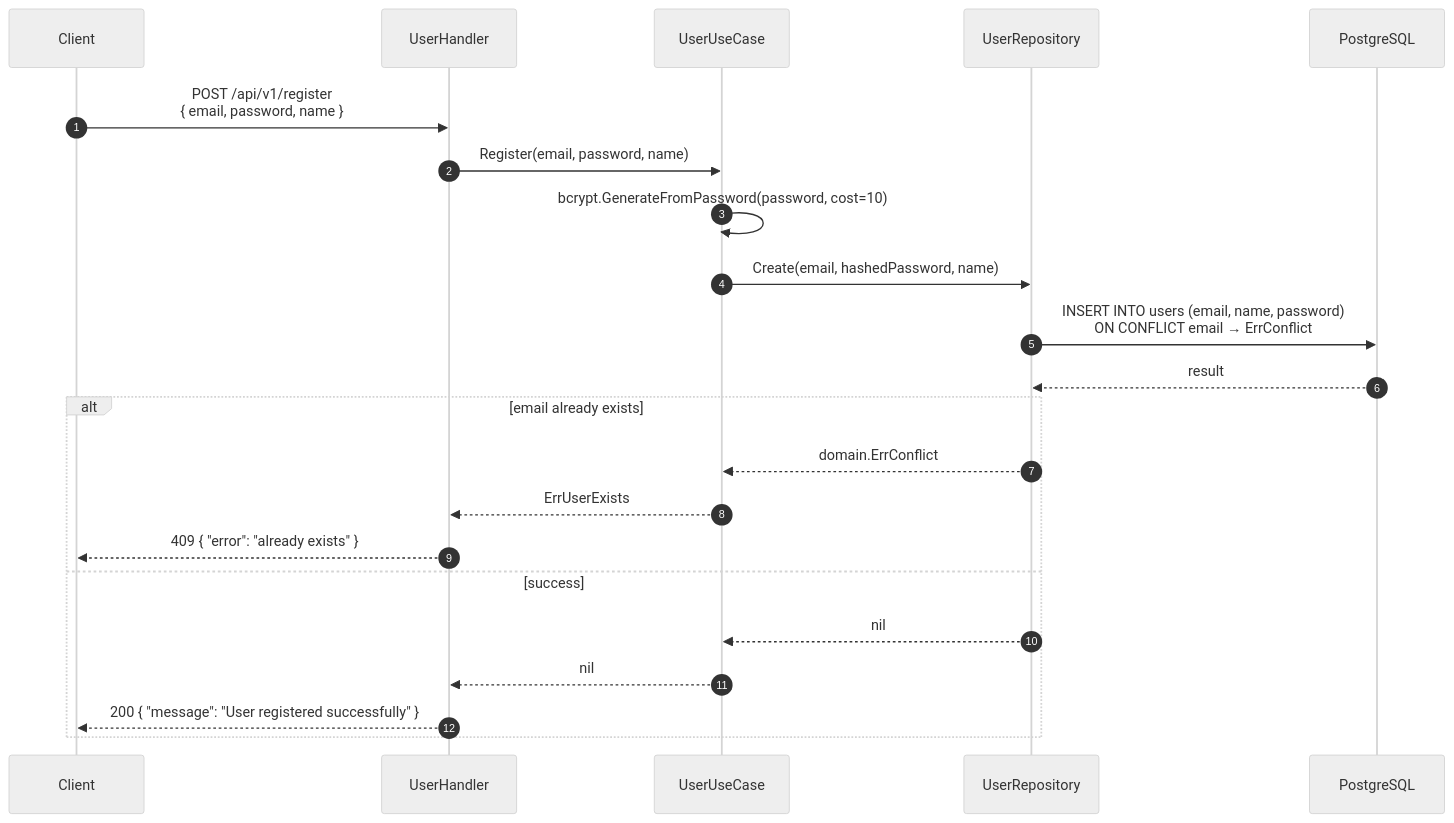
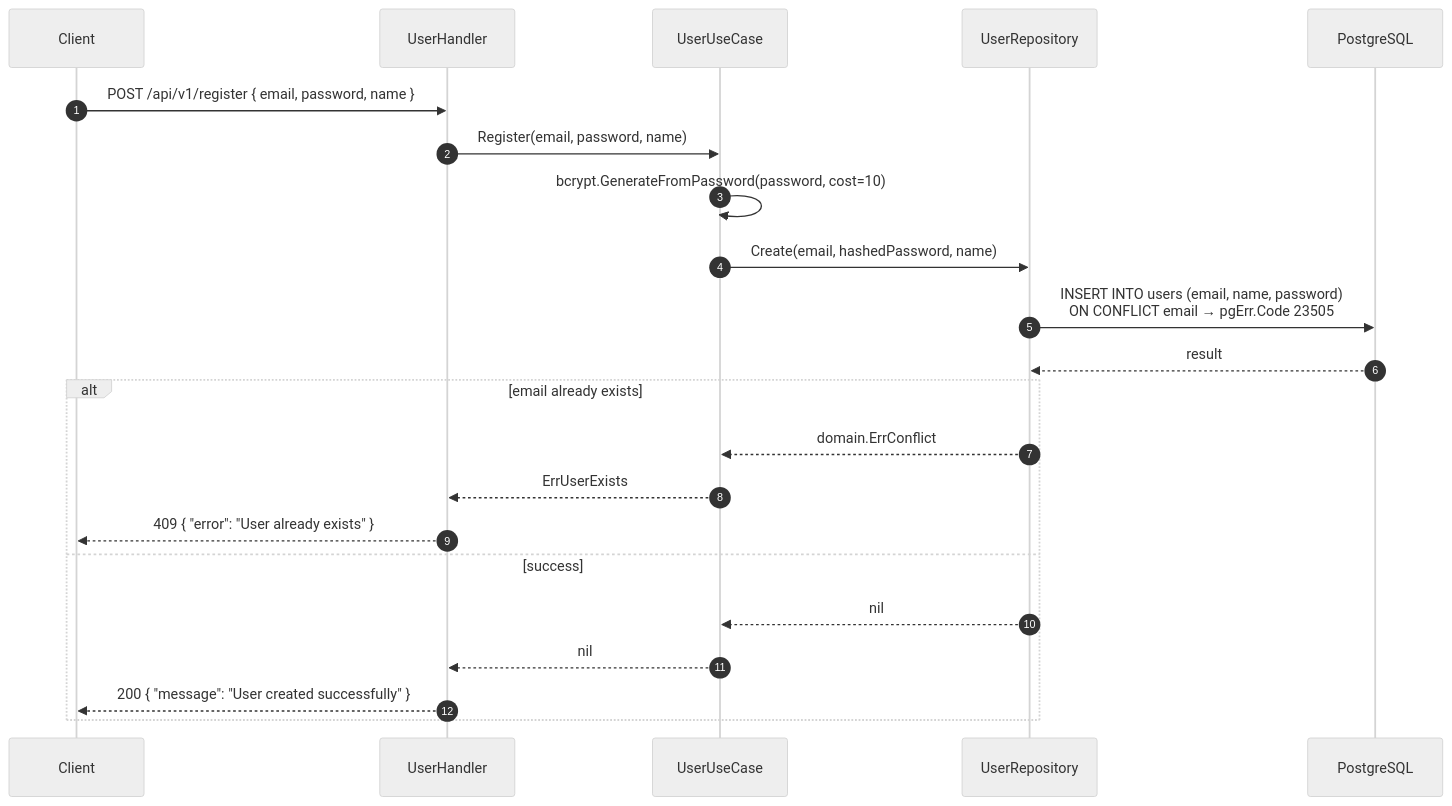
Before and after one commit to lewimb/financial-planning-golang: the first of 14 diagrams in docs/sequence-diagram.md, drawn with Mermaid (neutral theme). The commit also changed other lines of this file and 30 other files, not shown here.

Commit message:
docs: add documentation, OpenAPI specs, flowcharts, seeder tooling, and frontend guide

````diff
--- a/docs/sequence-diagram.md
+++ b/docs/sequence-diagram.md
@@ -9,25 +10,25 @@
 ```mermaid
 sequenceDiagram
     autonumber
     participant C as Client
     participant H as UserHandler
     participant UC as UserUseCase
     participant R as UserRepository
     participant DB as PostgreSQL
 
-    C->>H: POST /api/v1/register<br/>{ email, password, name }
+    C->>H: POST /api/v1/register { email, password, name }
     H->>UC: Register(email, password, name)
     UC->>UC: bcrypt.GenerateFromPassword(password, cost=10)
     UC->>R: Create(email, hashedPassword, name)
-    R->>DB: INSERT INTO users (email, name, password)<br/>ON CONFLICT email → ErrConflict
+    R->>DB: INSERT INTO users (email, name, password)<br/>ON CONFLICT email → pgErr.Code 23505
     DB-->>R: result
     alt email already exists
         R-->>UC: domain.ErrConflict
         UC-->>H: ErrUserExists
-        H-->>C: 409 { "error": "already exists" }
+        H-->>C: 409 { "error": "User already exists" }
     else success
         R-->>UC: nil
         UC-->>H: nil
-        H-->>C: 200 { "message": "User registered successfully" }
+        H-->>C: 200 { "message": "User created successfully" }
     end
 ```
````
